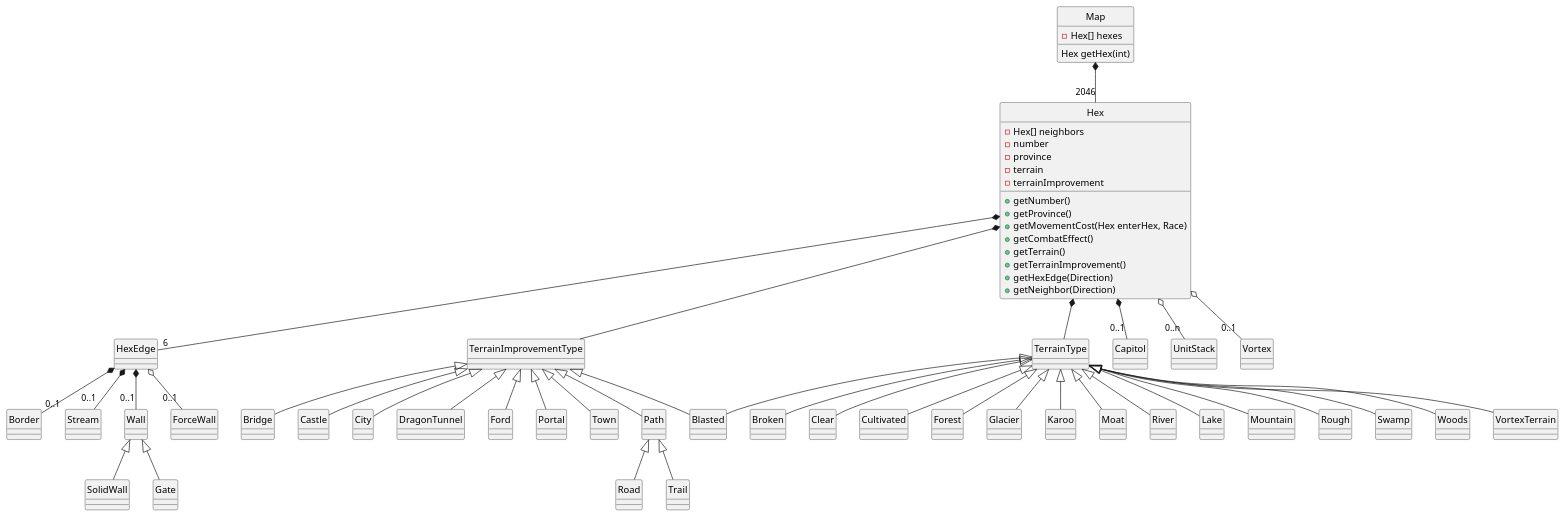
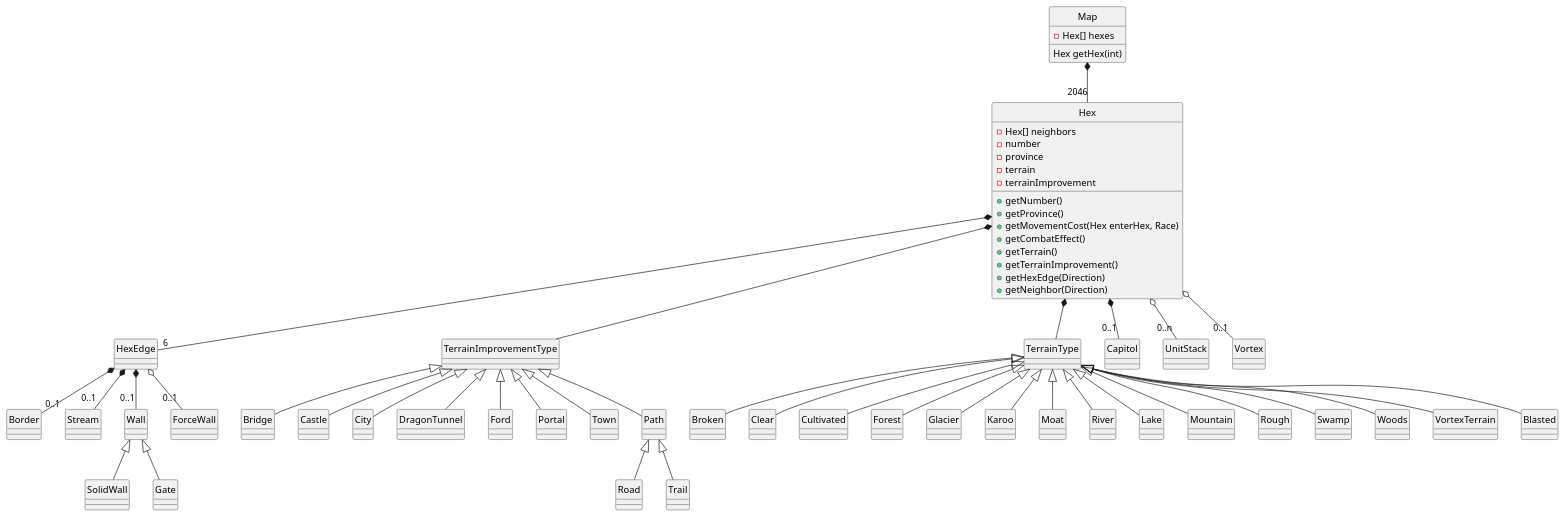
The diagram in mapmove.pu (CS383-Sword-and-Sorcery/HW3), drawn with PlantUML before and after one commit.

```diff
--- a/mapmove.pu
+++ b/mapmove.pu
@@ -1,67 +1,66 @@
 @startuml
 hide circle
 ' <|-- is "extention" and used for class inheritence
 ' *-- is composition (static aggregation), for when b is permanently "part of" a
 ' o-- is aggregation (dynamic aggregation)
 
 class Map {
     -Hex[] hexes
 	Hex getHex(int)
 }
 
 class Hex {
 	-Hex[] neighbors
     -number
     -province
     -terrain
     -terrainImprovement
     +getNumber()
     +getProvince()
     +getMovementCost(Hex enterHex, Race)
     +getCombatEffect()
     +getTerrain()
     +getTerrainImprovement()
 	+getHexEdge(Direction)
     +getNeighbor(Direction)
 }
 
 Map *-- "2046" Hex
 Hex *-- "6" HexEdge
 Hex *-- TerrainImprovementType
 Hex *-- TerrainType
 Hex *-- "0..1" Capitol
 Hex o-- "0..n" UnitStack
 Hex o-- "0..1" Vortex
 HexEdge *-- "0..1" Border
 HexEdge *-- "0..1" Stream
 HexEdge *-- "0..1" Wall
                    Wall <|-- SolidWall
                    Wall <|-- Gate
 HexEdge o-- "0..1" ForceWall
 TerrainType <|-- Broken
 TerrainType <|-- Clear
 TerrainType <|-- Cultivated
 TerrainType <|-- Forest
 TerrainType <|-- Glacier
 TerrainType <|-- Karoo
 TerrainType <|-- Moat
 TerrainType <|-- River
 TerrainType <|-- Lake
 TerrainType <|-- Mountain
 TerrainType <|-- Rough
 TerrainType <|-- Swamp
 TerrainType <|-- Woods
 TerrainType <|-- VortexTerrain
 TerrainType <|-- Blasted
-TerrainImprovementType <|-- Blasted
 TerrainImprovementType <|-- Bridge
 TerrainImprovementType <|-- Castle
 TerrainImprovementType <|-- City
 TerrainImprovementType <|-- DragonTunnel
 TerrainImprovementType <|-- Ford
 TerrainImprovementType <|-- Portal
 TerrainImprovementType <|-- Town
 TerrainImprovementType <|-- Path
                             Path <|-- Road
                             Path <|-- Trail
 @enduml
```
